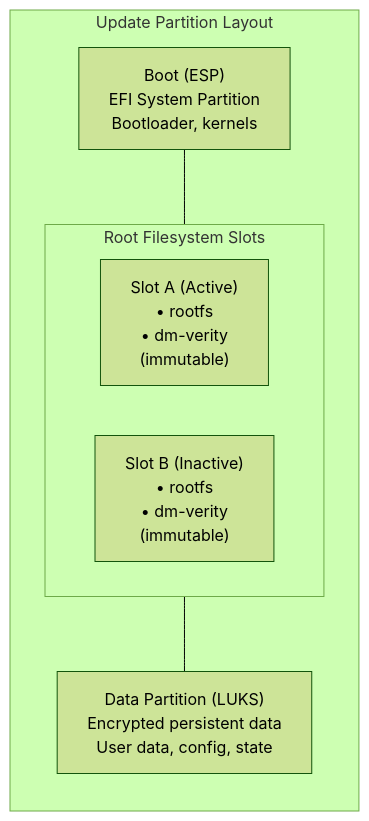
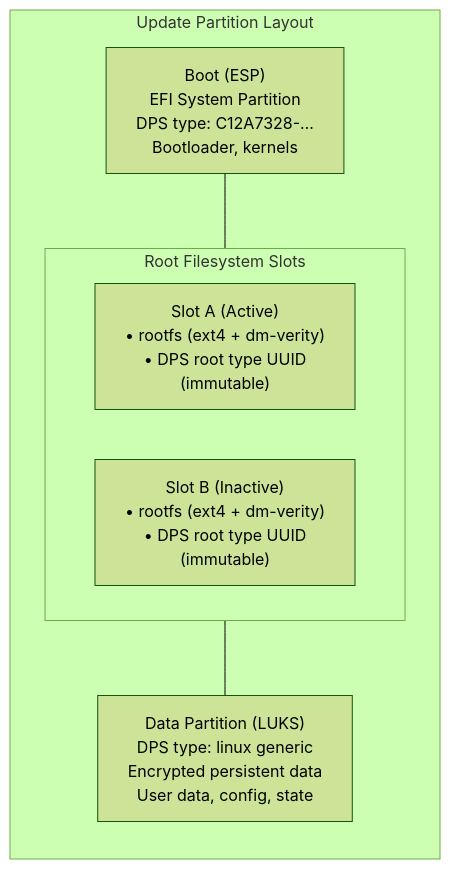
The eighth of 8 diagrams in docs/ARCHITECTURE.md (lamawithonel/lamadist), drawn with Mermaid (forest theme) before and after one commit. The commit also changed other lines of this file and 3 other files, not shown here.

````diff
--- a/docs/ARCHITECTURE.md
+++ b/docs/ARCHITECTURE.md
@@ -565,13 +640,13 @@
 ```mermaid
 flowchart TD
     subgraph layout["Update Partition Layout"]
         direction TB
-        esp["Boot (ESP)\nEFI System Partition\nBootloader, kernels"]
+        esp["Boot (ESP)\nEFI System Partition\nDPS type: C12A7328-…\nBootloader, kernels"]
         subgraph slots["Root Filesystem Slots"]
-            slota["Slot A (Active)\n• rootfs\n• dm-verity\n(immutable)"]
-            slotb["Slot B (Inactive)\n• rootfs\n• dm-verity\n(immutable)"]
+            slota["Slot A (Active)\n• rootfs (ext4 + dm-verity)\n• DPS root type UUID\n(immutable)"]
+            slotb["Slot B (Inactive)\n• rootfs (ext4 + dm-verity)\n• DPS root type UUID\n(immutable)"]
         end
-        data["Data Partition (LUKS)\nEncrypted persistent data\nUser data, config, state"]
+        data["Data Partition (LUKS)\nDPS type: linux generic\nEncrypted persistent data\nUser data, config, state"]
     end
     esp --- slots --- data
 ```
````
